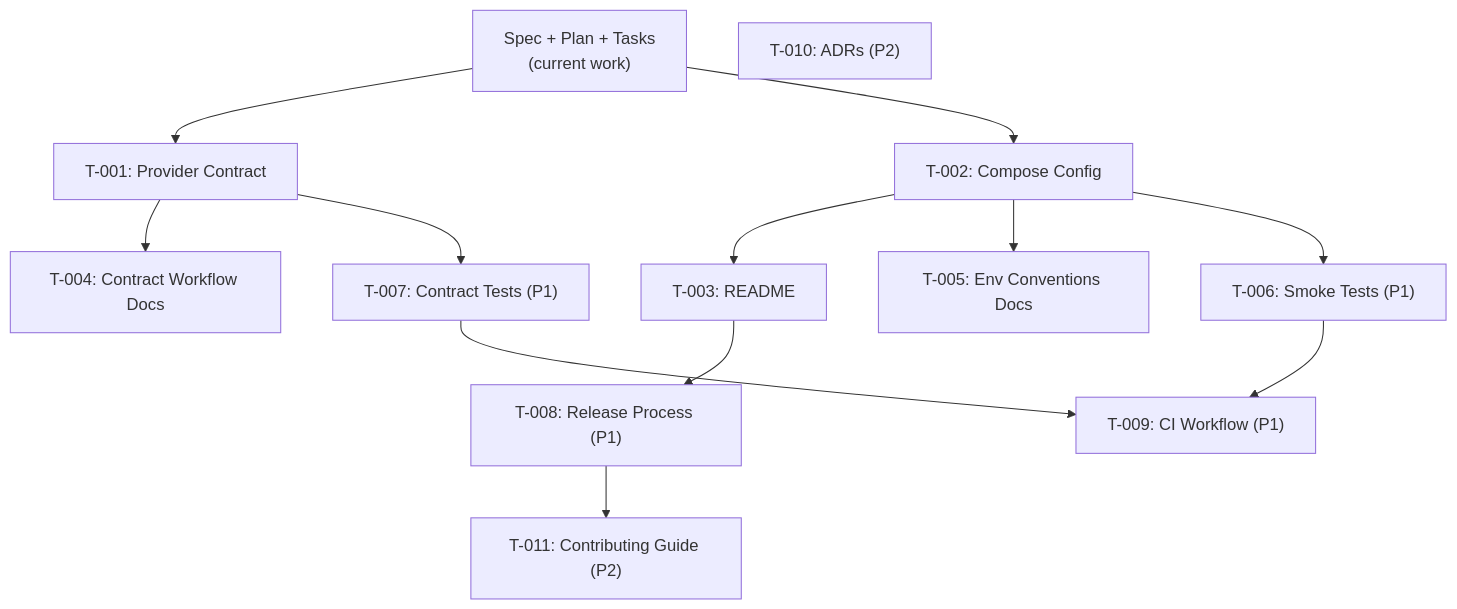
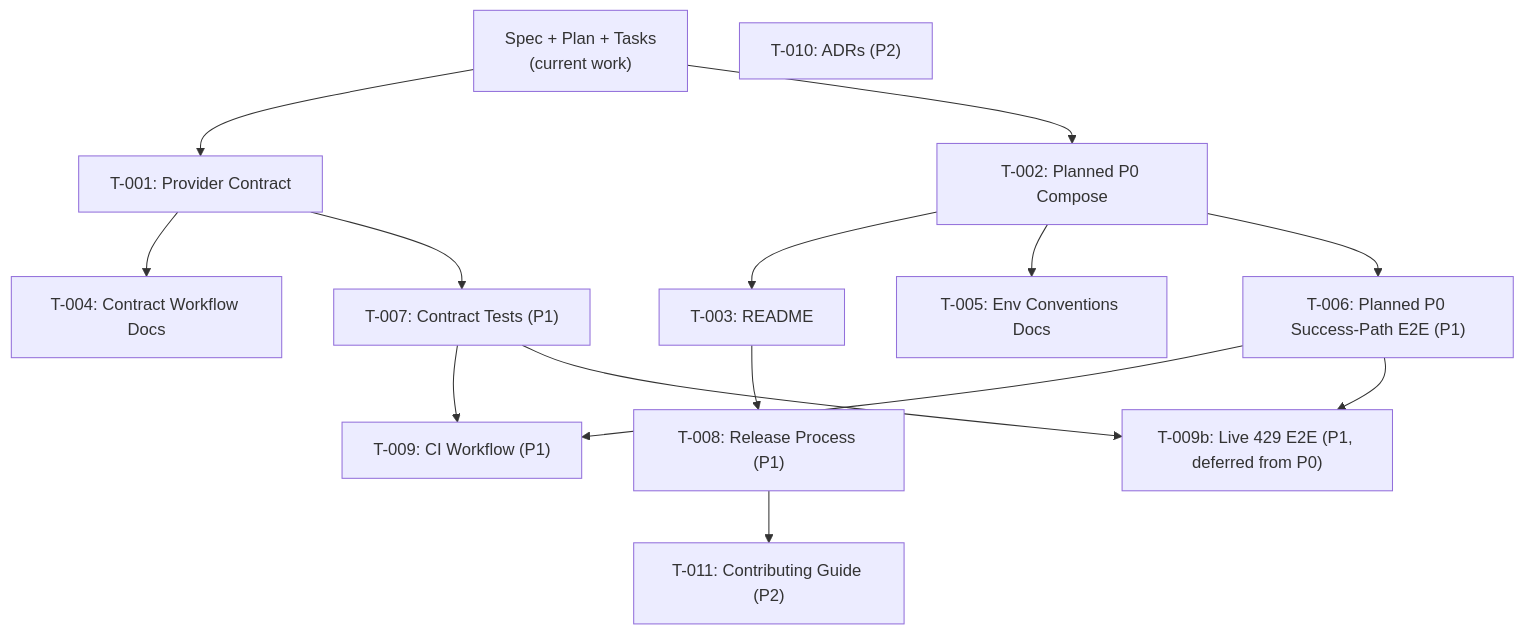
One commit to antoniooreany/integration-workspace changed the diagram in specs/v0.1.0/tasks.md. Above: the diagram before and after it, drawn with Mermaid. The commit also changed other lines of this file and 2 other files, not shown here.

Commit message:
docs(spec): align P0 Compose scope with stateless flow

````diff
--- a/specs/v0.1.0/tasks.md
+++ b/specs/v0.1.0/tasks.md
@@ -313,15 +363,17 @@
 ```mermaid
 graph TD
     SPEC["Spec + Plan + Tasks<br/>(current work)"] --> T001["T-001: Provider Contract"]
-    SPEC --> T002["T-002: Compose Config"]
+    SPEC --> T002["T-002: Planned P0 Compose"]
     T001 --> T004["T-004: Contract Workflow Docs"]
     T002 --> T003["T-003: README"]
     T002 --> T005["T-005: Env Conventions Docs"]
     T001 --> T007["T-007: Contract Tests (P1)"]
-    T002 --> T006["T-006: Smoke Tests (P1)"]
+    T002 --> T006["T-006: Planned P0 Success-Path E2E (P1)"]
     T003 --> T008["T-008: Release Process (P1)"]
     T006 --> T009["T-009: CI Workflow (P1)"]
     T007 --> T009
+    T006 --> T009b["T-009b: Live 429 E2E (P1, deferred from P0)"]
+    T007 --> T009b
     T008 --> T011["T-011: Contributing Guide (P2)"]
     T010["T-010: ADRs (P2)"]
 ```
````
